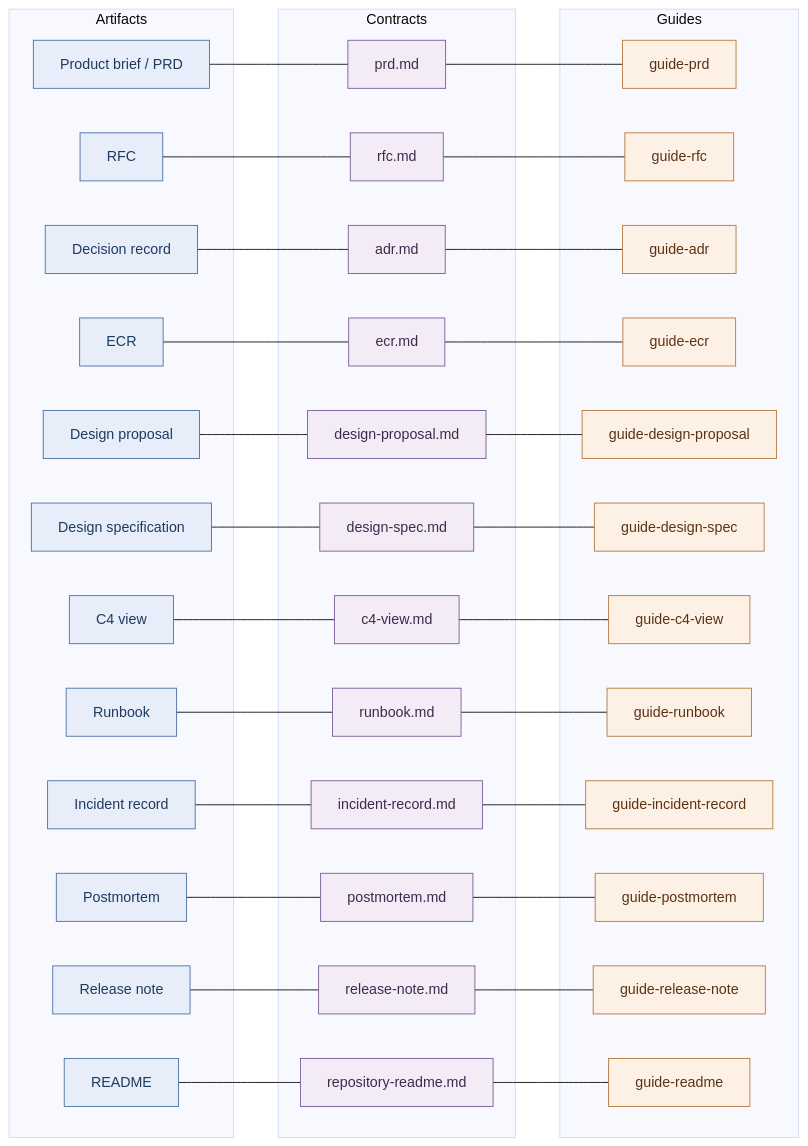
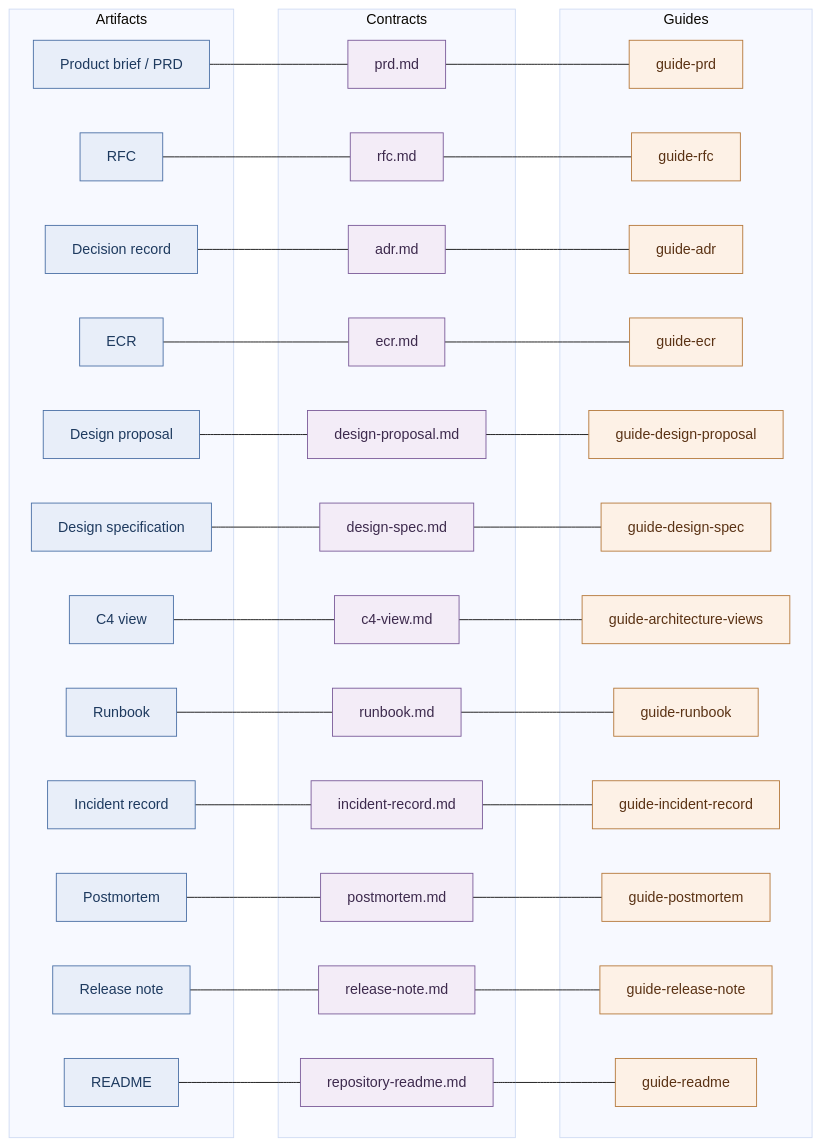
One commit to joao-aires/agent-skills-public changed the diagram in documentation/diagrams/guide-map.mmd. Above: the diagram before and after it, drawn with Mermaid (base theme). The commit also changed 238 other files, not shown here.

```diff
--- a/documentation/diagrams/guide-map.mmd
+++ b/documentation/diagrams/guide-map.mmd
@@ -1,65 +1,65 @@
 flowchart LR
   subgraph Artifacts
     A1["Product brief / PRD"]
     A2["RFC"]
     A3["Decision record"]
     A4["ECR"]
     A5["Design proposal"]
     A6["Design specification"]
     A7["C4 view"]
     A8["Runbook"]
     A9["Incident record"]
     A10["Postmortem"]
     A11["Release note"]
     A12["README"]
   end
 
   subgraph Contracts
     C1["prd.md"]
     C2["rfc.md"]
     C3["adr.md"]
     C4["ecr.md"]
     C5["design-proposal.md"]
     C6["design-spec.md"]
     C7["c4-view.md"]
     C8["runbook.md"]
     C9["incident-record.md"]
     C10["postmortem.md"]
     C11["release-note.md"]
     C12["repository-readme.md"]
   end
 
   subgraph Guides
     G1["guide-prd"]
     G2["guide-rfc"]
     G3["guide-adr"]
     G4["guide-ecr"]
     G5["guide-design-proposal"]
     G6["guide-design-spec"]
-    G7["guide-c4-view"]
+    G7["guide-architecture-views"]
     G8["guide-runbook"]
     G9["guide-incident-record"]
     G10["guide-postmortem"]
     G11["guide-release-note"]
     G12["guide-readme"]
   end
 
   A1 --- C1 --- G1
   A2 --- C2 --- G2
   A3 --- C3 --- G3
   A4 --- C4 --- G4
   A5 --- C5 --- G5
   A6 --- C6 --- G6
   A7 --- C7 --- G7
   A8 --- C8 --- G8
   A9 --- C9 --- G9
   A10 --- C10 --- G10
   A11 --- C11 --- G11
   A12 --- C12 --- G12
 
   classDef artifact fill:#e8eef9,stroke:#4a6fa5,color:#1e3a5f
   classDef contract fill:#f3ecf7,stroke:#7a5a99,color:#3d2a4d
   classDef guide fill:#fdf1e6,stroke:#b5783a,color:#5a3214
   class A1,A2,A3,A4,A5,A6,A7,A8,A9,A10,A11,A12 artifact
   class C1,C2,C3,C4,C5,C6,C7,C8,C9,C10,C11,C12 contract
   class G1,G2,G3,G4,G5,G6,G7,G8,G9,G10,G11,G12 guide
```
